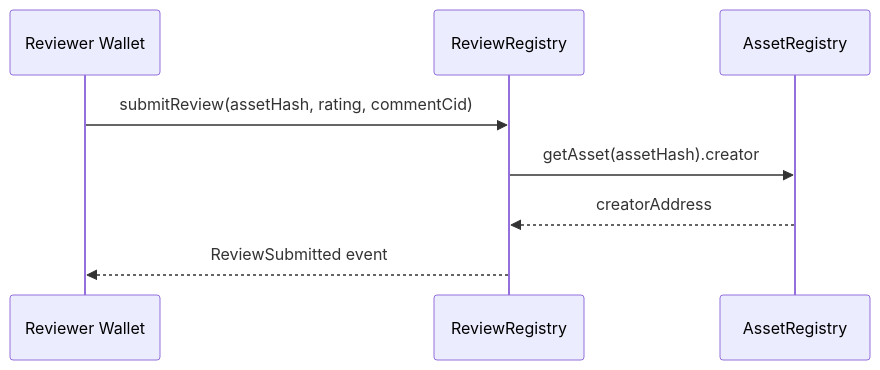
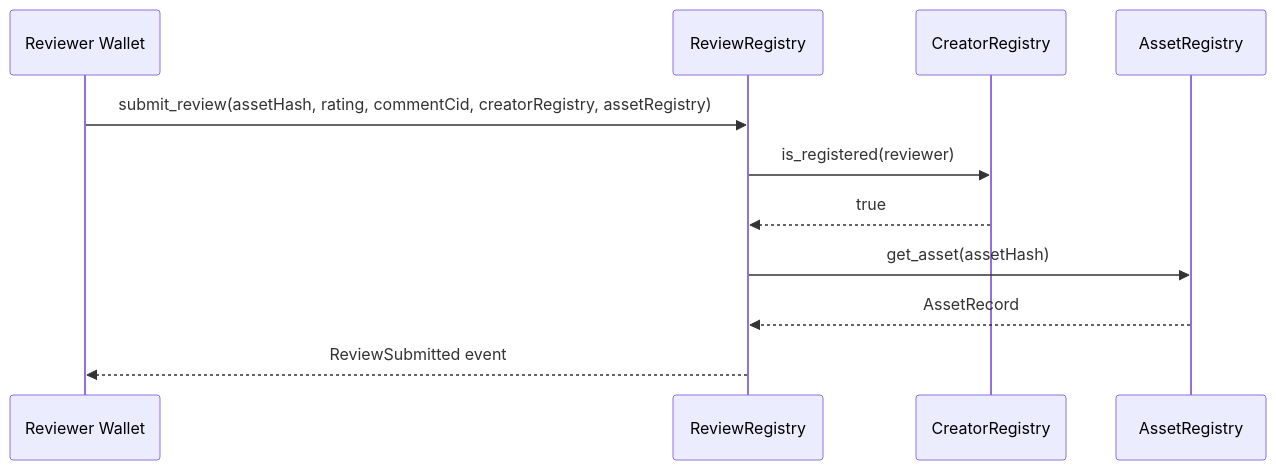
Before and after one commit to originchain-labs/originchain: the third of 5 diagrams in docs/SMART_CONTRACT_INTERFACES.md, drawn with Mermaid. The commit also changed other lines of this file and 9 other files, not shown here.

````diff
--- a/docs/SMART_CONTRACT_INTERFACES.md
+++ b/docs/SMART_CONTRACT_INTERFACES.md
@@ -121,10 +121,13 @@
 ```mermaid
 sequenceDiagram
     participant R as Reviewer Wallet
     participant RR as ReviewRegistry
+    participant CR as CreatorRegistry
     participant AR as AssetRegistry
-    R->>RR: submitReview(assetHash, rating, commentCid)
-    RR->>AR: getAsset(assetHash).creator
-    AR-->>RR: creatorAddress
+    R->>RR: submit_review(assetHash, rating, commentCid, creatorRegistry, assetRegistry)
+    RR->>CR: is_registered(reviewer)
+    CR-->>RR: true
+    RR->>AR: get_asset(assetHash)
+    AR-->>RR: AssetRecord
     RR-->>R: ReviewSubmitted event
 ```
````
